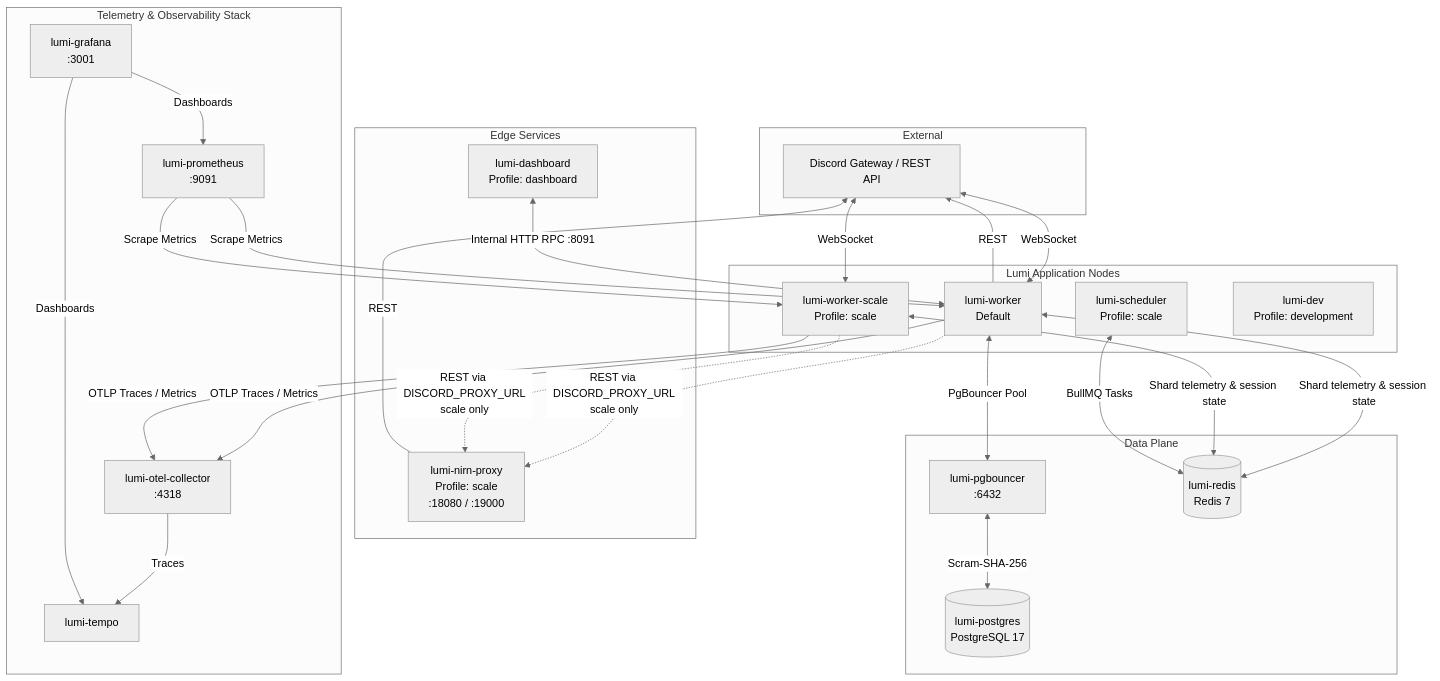
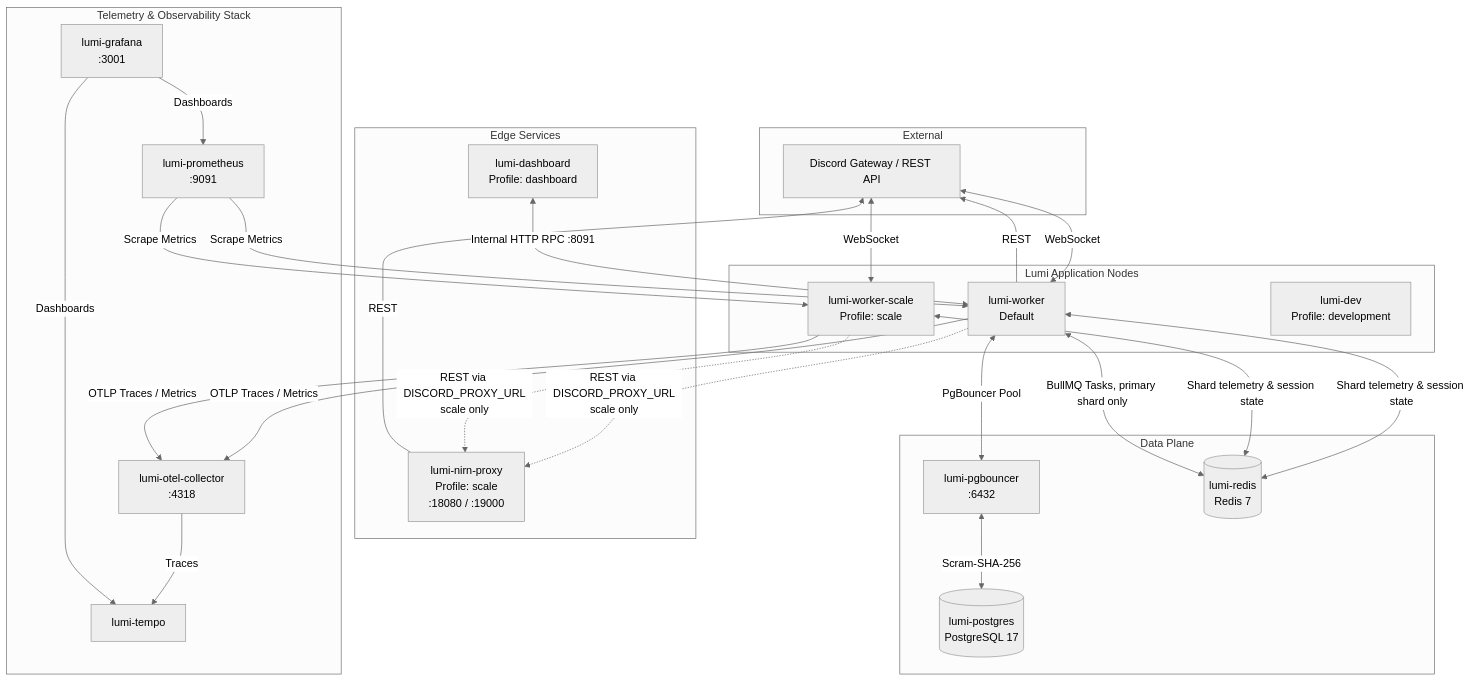
Before and after one commit to lumi-devs/Lumi: the first of 2 diagrams in deploy/docker/README.md, drawn with Mermaid (neutral theme). The commit also changed other lines of this file and 33 other files, not shown here.

````diff
--- a/deploy/docker/README.md
+++ b/deploy/docker/README.md
@@ -35,56 +35,55 @@
 ```mermaid
 flowchart TD
     subgraph External
         Discord[Discord Gateway / REST API]
     end
 
     subgraph Edge Services
         NP[lumi-nirn-proxy<br/>Profile: scale<br/>:18080 / :19000]
         Dash[lumi-dashboard<br/>Profile: dashboard]
     end
 
     subgraph Lumi Application Nodes
         W[lumi-worker<br/>Default]
         WS[lumi-worker-scale<br/>Profile: scale]
-        Sched[lumi-scheduler<br/>Profile: scale]
         Dev[lumi-dev<br/>Profile: development]
     end
 
     subgraph Data Plane
         PGB[lumi-pgbouncer<br/>:6432]
         PG[(lumi-postgres<br/>PostgreSQL 17)]
         Redis[(lumi-redis<br/>Redis 7)]
     end
 
     subgraph Telemetry & Observability Stack
         OTEL[lumi-otel-collector<br/>:4318]
         Prom[lumi-prometheus<br/>:9091]
         Tempo[lumi-tempo]
         Graf[lumi-grafana<br/>:3001]
     end
 
     Discord <-->|WebSocket| W
     Discord <-->|WebSocket| WS
     W -->|REST| Discord
     NP -->|REST| Discord
 
     W -.->|REST via DISCORD_PROXY_URL<br/>scale only| NP
     WS -.->|REST via DISCORD_PROXY_URL<br/>scale only| NP
 
     W <-->|Shard telemetry & session state| Redis
     WS <-->|Shard telemetry & session state| Redis
     W <-->|PgBouncer Pool| PGB
     PGB <-->|Scram-SHA-256| PG
 
     Dash <-->|Internal HTTP RPC :8091| W
 
-    Sched <-->|BullMQ Tasks| Redis
+    W <-->|BullMQ Tasks, primary shard only| Redis
 
     W -->|OTLP Traces / Metrics| OTEL
     WS -->|OTLP Traces / Metrics| OTEL
     OTEL -->|Traces| Tempo
     Prom -->|Scrape Metrics| W
     Prom -->|Scrape Metrics| WS
     Graf -->|Dashboards| Prom
     Graf -->|Dashboards| Tempo
 ```
````
